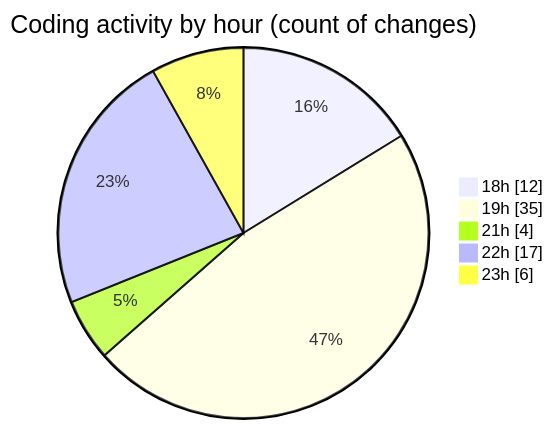
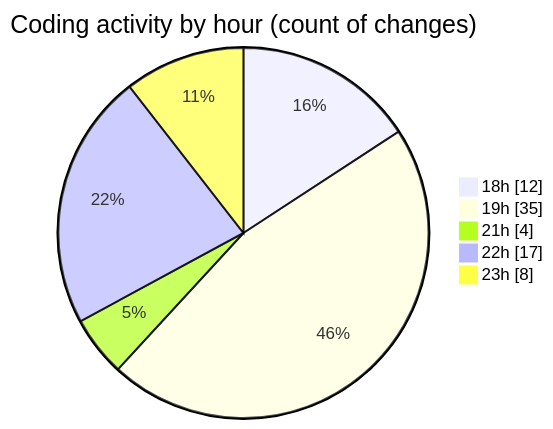
One commit to Elitesun/code-tracking changed the second of 2 diagrams in 2025-05-15/laala_boost/README.md. Above: the diagram before and after it, drawn with Mermaid. The commit also changed other lines of this file and 1 other file, not shown here.

````diff
--- a/2025-05-15/laala_boost/README.md
+++ b/2025-05-15/laala_boost/README.md
@@ -51,9 +52,9 @@
 ```mermaid
 pie showData
 title Coding activity by hour (count of changes)
 "18h" : 12
 "19h" : 35
 "21h" : 4
 "22h" : 17
-"23h" : 6
+"23h" : 8
 ```
````
